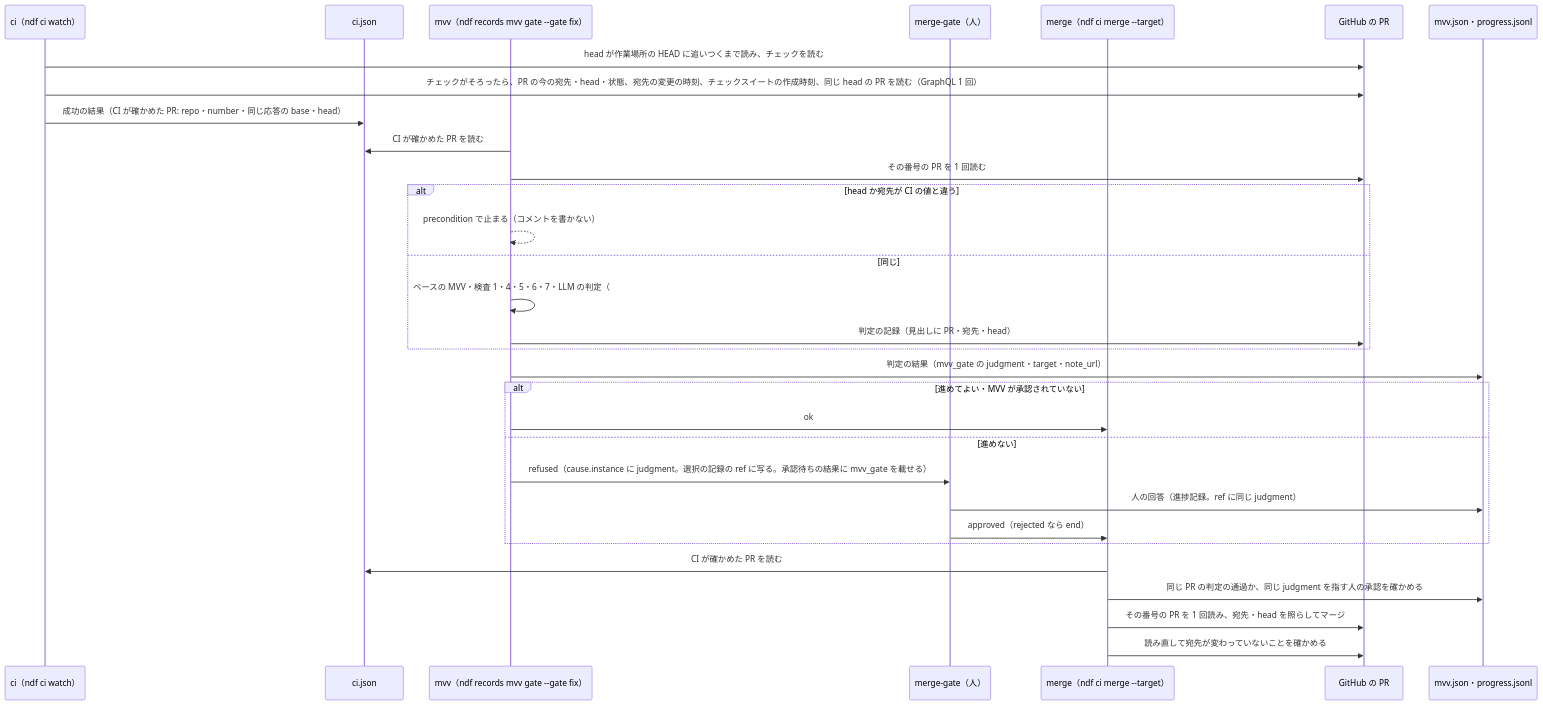
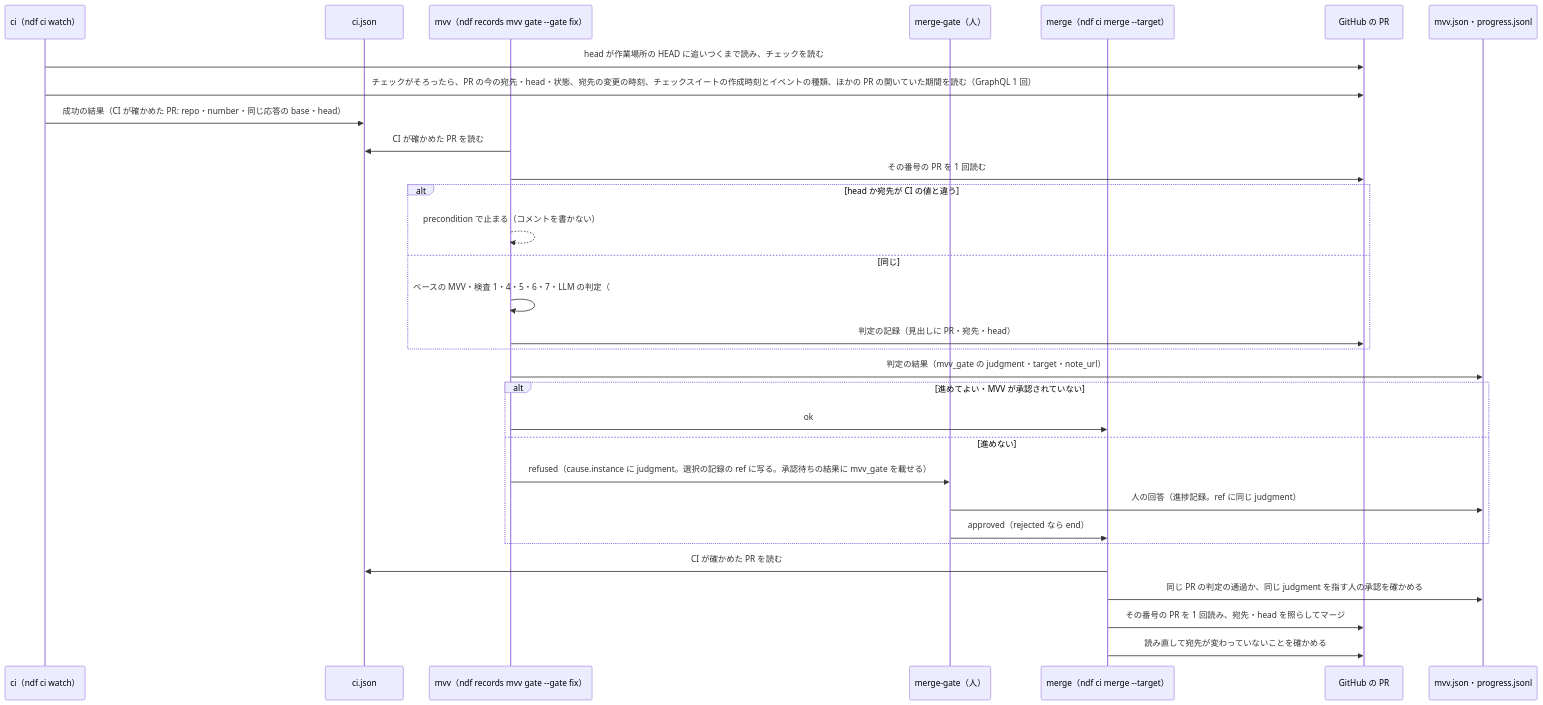
The third of 3 diagrams in issues/issue-4104-design.md (devbasex/ai-plugins), drawn with Mermaid before and after one commit. The commit also changed other lines of this file and 1 other file, not shown here.

````diff
--- a/issues/issue-4104-design.md
+++ b/issues/issue-4104-design.md
@@ -133,33 +134,33 @@
 ```mermaid
 sequenceDiagram
   participant CI as ci（ndf ci watch）
   participant F as ci.json
   participant G as mvv（ndf records mvv gate --gate fix）
   participant H as merge-gate（人）
   participant M as merge（ndf ci merge --target）
   participant P as GitHub の PR
   participant J as mvv.json・progress.jsonl
   CI->>P: head が作業場所の HEAD に追いつくまで読み、チェックを読む
-  CI->>P: チェックがそろったら、PR の今の宛先・head・状態、宛先の変更の時刻、チェックスイートの作成時刻、同じ head の PR を読む（GraphQL 1 回）
+  CI->>P: チェックがそろったら、PR の今の宛先・head・状態、宛先の変更の時刻、チェックスイートの作成時刻とイベントの種類、ほかの PR の開いていた期間を読む（GraphQL 1 回）
   CI->>F: 成功の結果（CI が確かめた PR: repo・number・同じ応答の base・head）
   G->>F: CI が確かめた PR を読む
   G->>P: その番号の PR を 1 回読む
   alt head か宛先が CI の値と違う
     G-->>G: precondition で止まる（コメントを書かない）
   else 同じ
     G->>G: ベースの MVV・検査 1・4・5・6・7・LLM の判定（#3959 の手順）
     G->>P: 判定の記録（見出しに PR・宛先・head）
   end
   G->>J: 判定の結果（mvv_gate の judgment・target・note_url）
   alt 進めてよい・MVV が承認されていない
     G->>M: ok
   else 進めない
     G->>H: refused（cause.instance に judgment。選択の記録の ref に写る。承認待ちの結果に mvv_gate を載せる）
     H->>J: 人の回答（進捗記録。ref に同じ judgment）
     H->>M: approved（rejected なら end）
   end
   M->>F: CI が確かめた PR を読む
   M->>J: 同じ PR の判定の通過か、同じ judgment を指す人の承認を確かめる
   M->>P: その番号の PR を 1 回読み、宛先・head を照らしてマージ
   M->>P: 読み直して宛先が変わっていないことを確かめる
 ```
````
